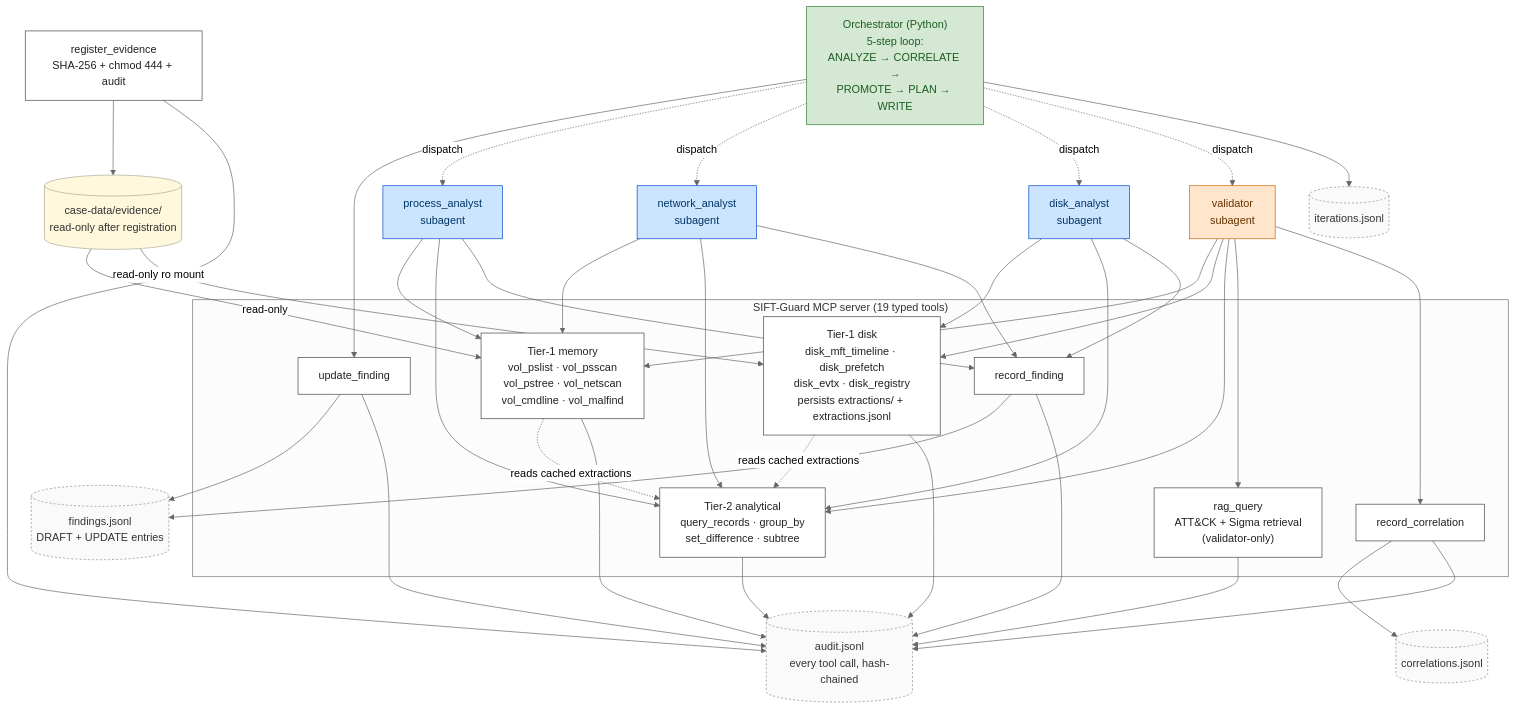
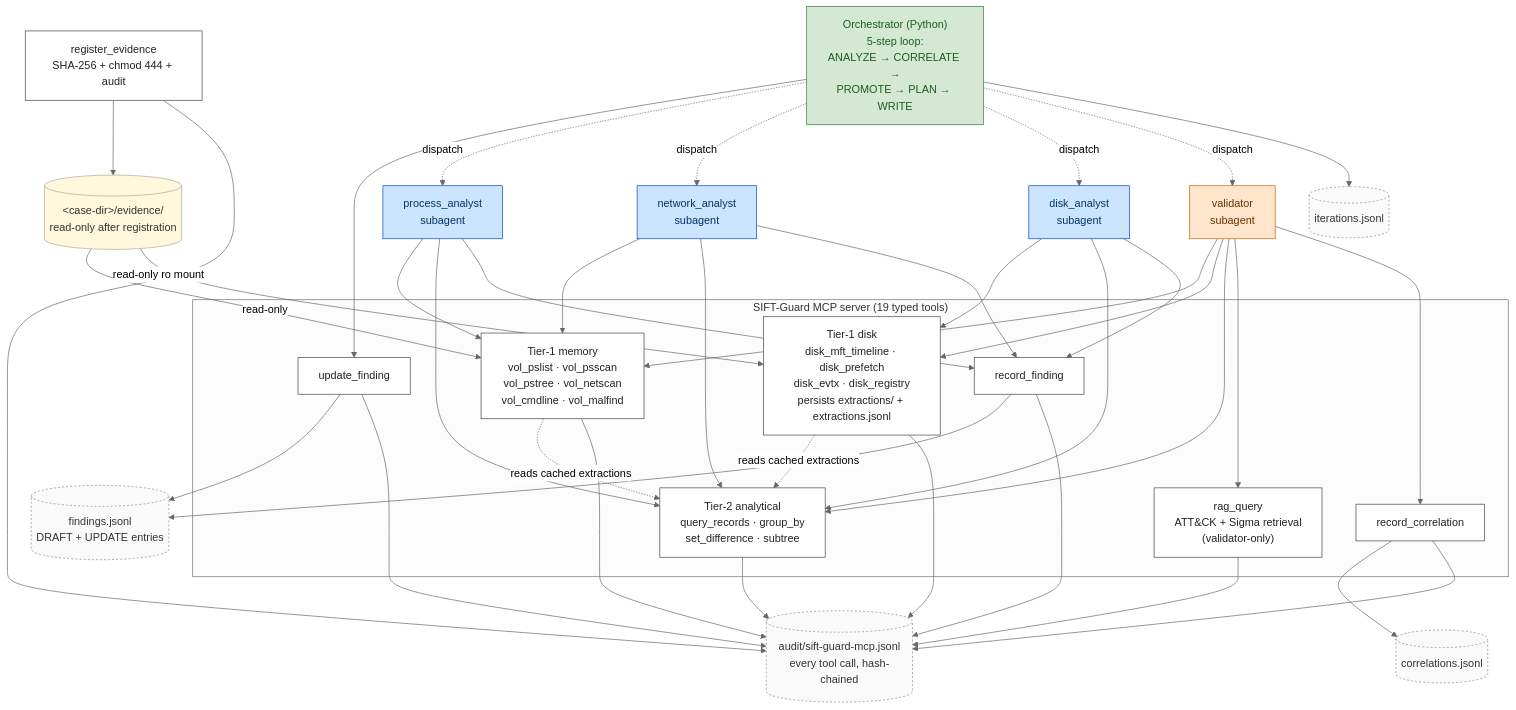
Before and after one commit to chang6chang/SIFT-Guard: the diagram in README.md, drawn with Mermaid (neutral theme). The commit also changed other lines of this file, not shown here.

```diff
--- a/README.md
+++ b/README.md
@@ -51,7 +99,7 @@
 flowchart TD
     %% --- Inputs ---
     Reg["register_evidence<br/>SHA-256 + chmod 444 + audit"]
-    EvDir[("case-data/evidence/<br/>read-only after registration")]
+    EvDir[("&lt;case-dir&gt;/evidence/<br/>read-only after registration")]
     Reg --> EvDir
 
     %% --- MCP server tools ---
@@ -77,7 +125,6 @@
     Val["validator<br/>subagent"]
     Orch["Orchestrator (Python)<br/>5-step loop:<br/>ANALYZE → CORRELATE →<br/>PROMOTE → PLAN → WRITE"]
 
-    %% Read paths.
     PA --> Tier1Mem
     PA --> Tier2
     NA --> Tier1Mem
@@ -88,27 +135,23 @@
     Val --> Tier1Disk
     Val --> Tier2
 
-    %% RAG retrieval: validator-only by frontmatter restriction.
     Val --> RAG
 
-    %% Write paths — role-restricted by frontmatter + schema.
     PA --> RecF
     NA --> RecF
     DA --> RecF
     Val --> RecC
     Orch --> UpdF
 
-    %% Control: orchestrator dispatches subagents.
     Orch -.->|dispatch| PA
     Orch -.->|dispatch| NA
     Orch -.->|dispatch| DA
     Orch -.->|dispatch| Val
 
-    %% --- Chains ---
     Findings[("findings.jsonl<br/>DRAFT + UPDATE entries")]
     Corrs[("correlations.jsonl")]
     Iters[("iterations.jsonl")]
-    Audit[("audit.jsonl<br/>every tool call, hash-chained")]
+    Audit[("audit/sift-guard-mcp.jsonl<br/>every tool call, hash-chained")]
 
     RecF --> Findings
     UpdF --> Findings
@@ -124,7 +167,6 @@
     RecC --> Audit
     UpdF --> Audit
 
-    %% --- Per-writer-role coloring ---
     classDef analyst fill:#cce5ff,stroke:#0044cc,color:#003366
     classDef validator fill:#ffe5cc,stroke:#cc6600,color:#663300
     classDef orchestrator fill:#d5e8d4,stroke:#2e7d32,color:#1b5e20
```
